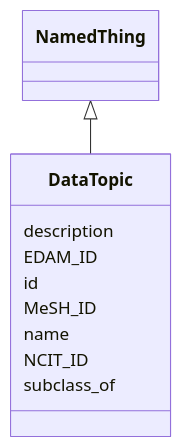
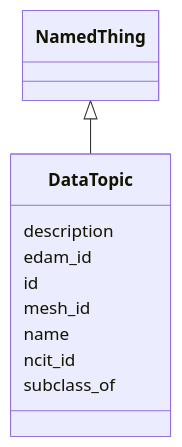
The diagram in docs/DataTopic.md (bridge2ai/standards-schemas), drawn with Mermaid before and after one commit. The commit also changed other lines of this file and 108 other files, not shown here.

````diff
--- a/docs/DataTopic.md
+++ b/docs/DataTopic.md
@@ -11,14 +11,14 @@
 ```mermaid
  classDiagram
     class DataTopic
       NamedThing <|-- DataTopic
       
       DataTopic : description
-      DataTopic : EDAM_ID
+      DataTopic : edam_id
       DataTopic : id
-      DataTopic : MeSH_ID
+      DataTopic : mesh_id
       DataTopic : name
-      DataTopic : NCIT_ID
+      DataTopic : ncit_id
       DataTopic : subclass_of
       
 ```
````
